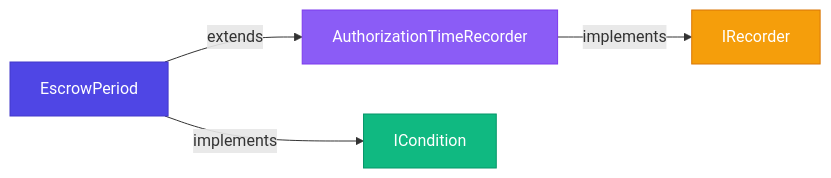
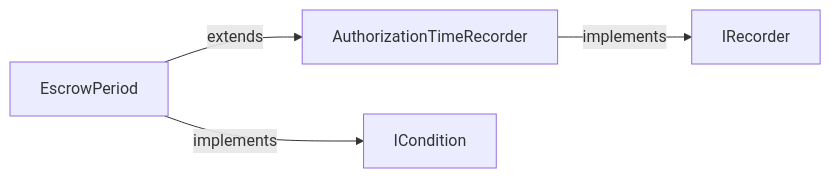
One commit to BackTrackCo/docs changed the diagram in contracts/factories.mdx. Above: the diagram before and after it, drawn with Mermaid. The commit also changed 3 other files, not shown here.

First line of the commit message:
fix: remove ugly custom Mermaid theme configs

````diff
--- a/contracts/factories.mdx
+++ b/contracts/factories.mdx
@@ -231,11 +231,6 @@
 ```mermaid
 flowchart LR
     EP[EscrowPeriod] -->|extends| ATR[AuthorizationTimeRecorder]
     EP -->|implements| IC[ICondition]
     ATR -->|implements| IR[IRecorder]
-
-    style EP fill:#4f46e5,stroke:#4338ca,color:#fff
-    style ATR fill:#8b5cf6,stroke:#7c3aed,color:#fff
-    style IC fill:#10b981,stroke:#059669,color:#fff
-    style IR fill:#f59e0b,stroke:#d97706,color:#fff
 ```
````
